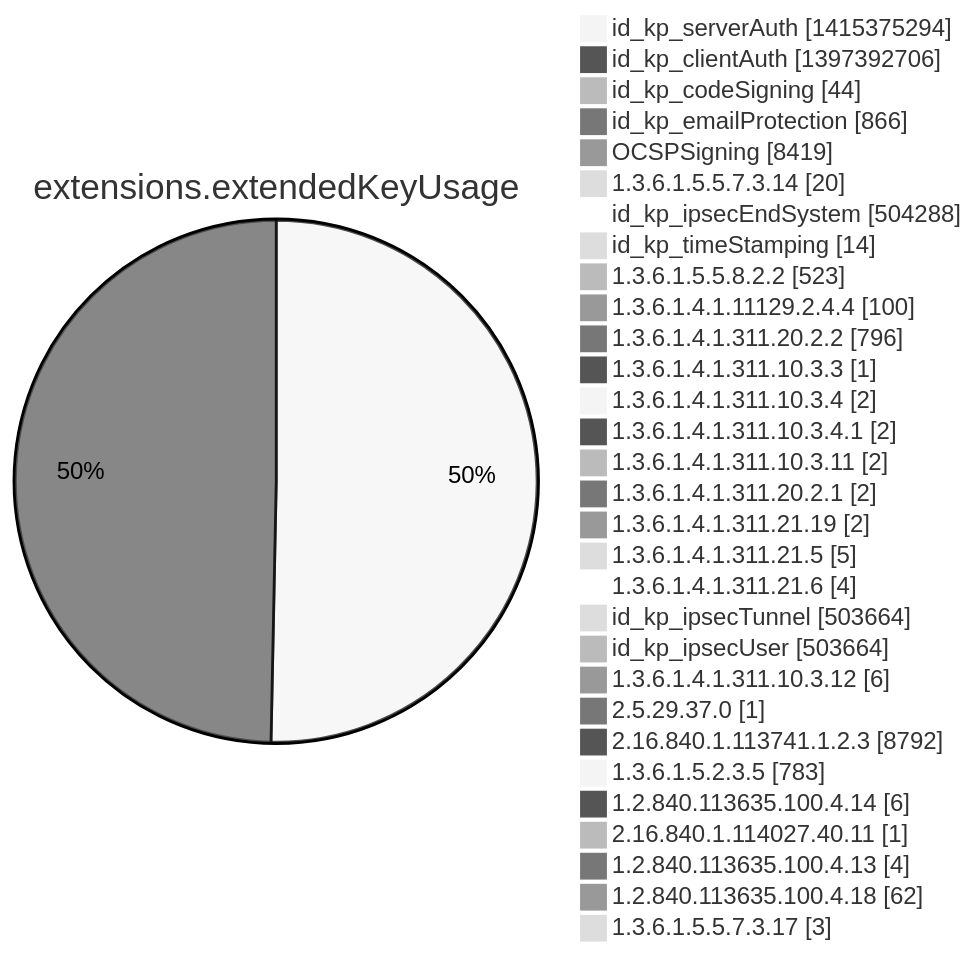
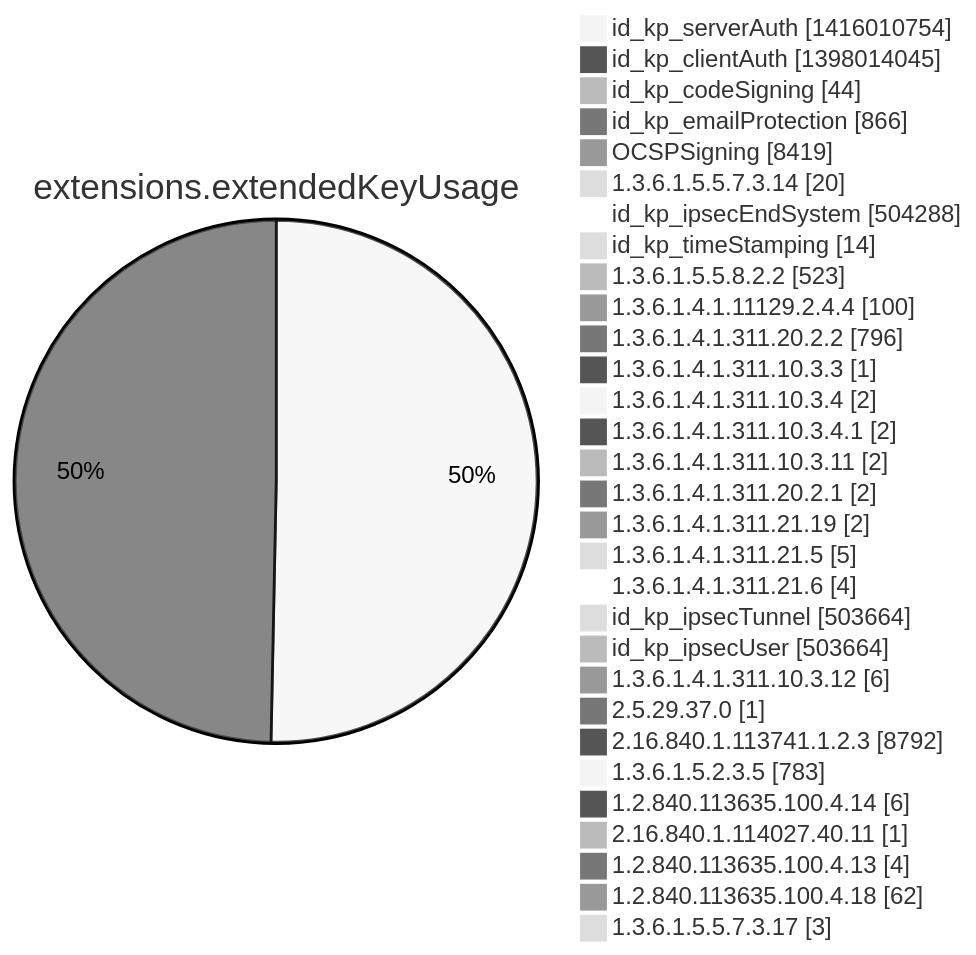
Before and after one commit to christiankrug/ctmonitor_visualization: diagram 12 of 15 in argon2022/README.md, drawn with Mermaid (neutral theme). The commit also changed other lines of this file, not shown here.

````diff
--- a/argon2022/README.md
+++ b/argon2022/README.md
@@ -3554,34 +3555,34 @@
 ```mermaid
 pie showData
 title extensions.extendedKeyUsage
-"id_kp_serverAuth" :1415375294
-"id_kp_clientAuth" :1397392706
+"id_kp_serverAuth" :1416010754
+"id_kp_clientAuth" :1398014045
 "id_kp_codeSigning" :44
 "id_kp_emailProtection" :866
 "OCSPSigning" :8419
 "1.3.6.1.5.5.7.3.14" :20
 "id_kp_ipsecEndSystem" :504288
 "id_kp_timeStamping" :14
 "1.3.6.1.5.5.8.2.2" :523
 "1.3.6.1.4.1.11129.2.4.4" :100
 "1.3.6.1.4.1.311.20.2.2" :796
 "1.3.6.1.4.1.311.10.3.3" :1
 "1.3.6.1.4.1.311.10.3.4" :2
 "1.3.6.1.4.1.311.10.3.4.1" :2
 "1.3.6.1.4.1.311.10.3.11" :2
 "1.3.6.1.4.1.311.20.2.1" :2
 "1.3.6.1.4.1.311.21.19" :2
 "1.3.6.1.4.1.311.21.5" :5
 "1.3.6.1.4.1.311.21.6" :4
 "id_kp_ipsecTunnel" :503664
 "id_kp_ipsecUser" :503664
 "1.3.6.1.4.1.311.10.3.12" :6
 "2.5.29.37.0" :1
 "2.16.840.1.113741.1.2.3" :8792
 "1.3.6.1.5.2.3.5" :783
 "1.2.840.113635.100.4.14" :6
 "2.16.840.1.114027.40.11" :1
 "1.2.840.113635.100.4.13" :4
 "1.2.840.113635.100.4.18" :62
 "1.3.6.1.5.5.7.3.17" :3
 ```
````
